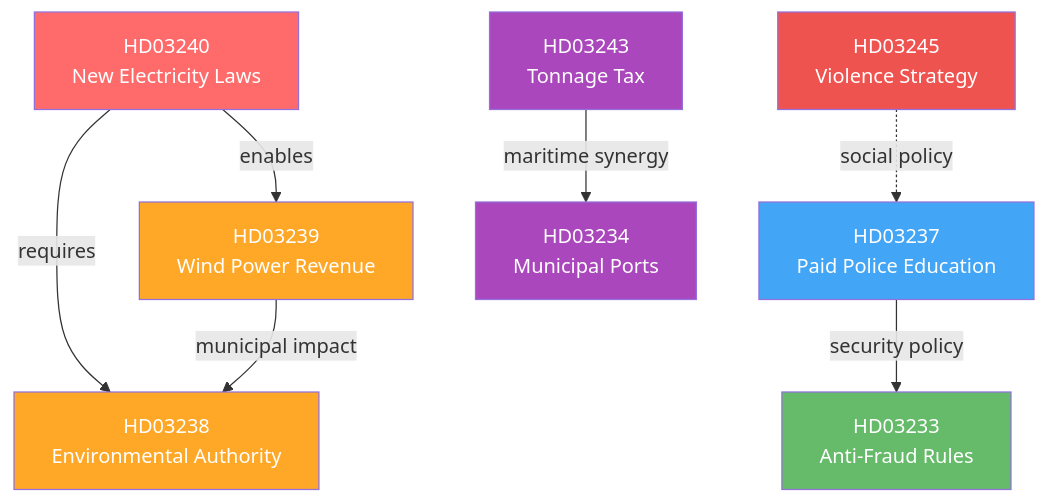
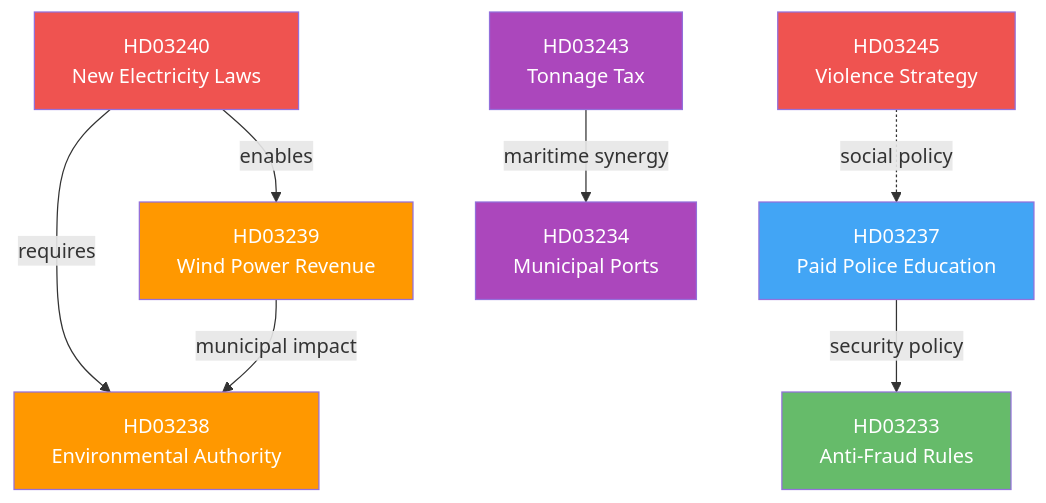
Before and after one commit to Hack23/riksdagsmonitor: the diagram in analysis/daily/2026-04-15/propositions/synthesis-summary.md, drawn with Mermaid. The commit also changed 785 other files, not shown here.

First line of the commit message:
Normalize mermaid colors across 786 analysis artifacts to ISMS Style Guide palette

````diff
--- a/analysis/daily/2026-04-15/propositions/synthesis-summary.md
+++ b/analysis/daily/2026-04-15/propositions/synthesis-summary.md
@@ -55,17 +55,17 @@
 ```mermaid
 graph TD
     A[HD03240<br/>New Electricity Laws] -->|enables| B[HD03239<br/>Wind Power Revenue]
     A -->|requires| C[HD03238<br/>Environmental Authority]
     B -->|municipal impact| C
     D[HD03237<br/>Paid Police Education] -->|security policy| E[HD03233<br/>Anti-Fraud Rules]
     F[HD03243<br/>Tonnage Tax] -->|maritime synergy| G[HD03234<br/>Municipal Ports]
     H[HD03245<br/>Violence Strategy] -.->|social policy| D
-    style A fill:#ff6b6b,color:#fff
-    style B fill:#ffa726,color:#fff
-    style C fill:#ffa726,color:#fff
-    style D fill:#42a5f5,color:#fff
-    style E fill:#66bb6a,color:#fff
-    style F fill:#ab47bc,color:#fff
-    style G fill:#ab47bc,color:#fff
-    style H fill:#ef5350,color:#fff
+    style A fill:#EF5350,color:#FFFFFF
+    style B fill:#FF9800,color:#FFFFFF
+    style C fill:#FF9800,color:#FFFFFF
+    style D fill:#42a5f5,color:#FFFFFF
+    style E fill:#66bb6a,color:#FFFFFF
+    style F fill:#ab47bc,color:#FFFFFF
+    style G fill:#ab47bc,color:#FFFFFF
+    style H fill:#ef5350,color:#FFFFFF
 ```
````
